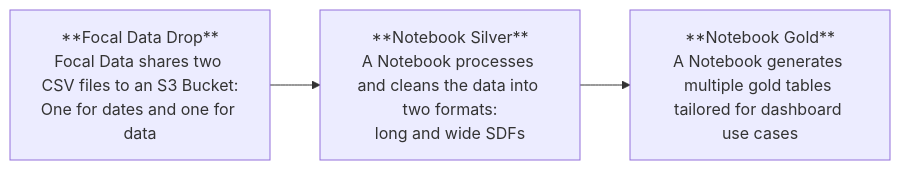
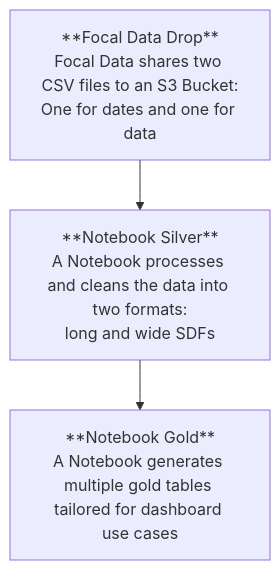
Before and after one commit to AnasAhmed-MHW/fuzzy-octo-sniffle: the diagram in docs/pulse/architecture.md, drawn with Mermaid. The commit also changed other lines of this file and 3 other files, not shown here.

Commit message:
docs: added brandpulse issues, cleaned up bp architecture

````diff
--- a/docs/pulse/architecture.md
+++ b/docs/pulse/architecture.md
@@ -17,4 +17,4 @@
 ```mermaid
-graph LR;
+graph
 step1[**Focal Data Drop**<br>Focal Data shares two CSV files to an S3 Bucket:<br>One for dates and one for data] --> step2[**Notebook Silver**<br>A Notebook processes and cleans the data into two formats:<br>long and wide SDFs] --> step3[**Notebook Gold**<br>A Notebook generates multiple gold tables tailored for dashboard use cases]
 ```
````
